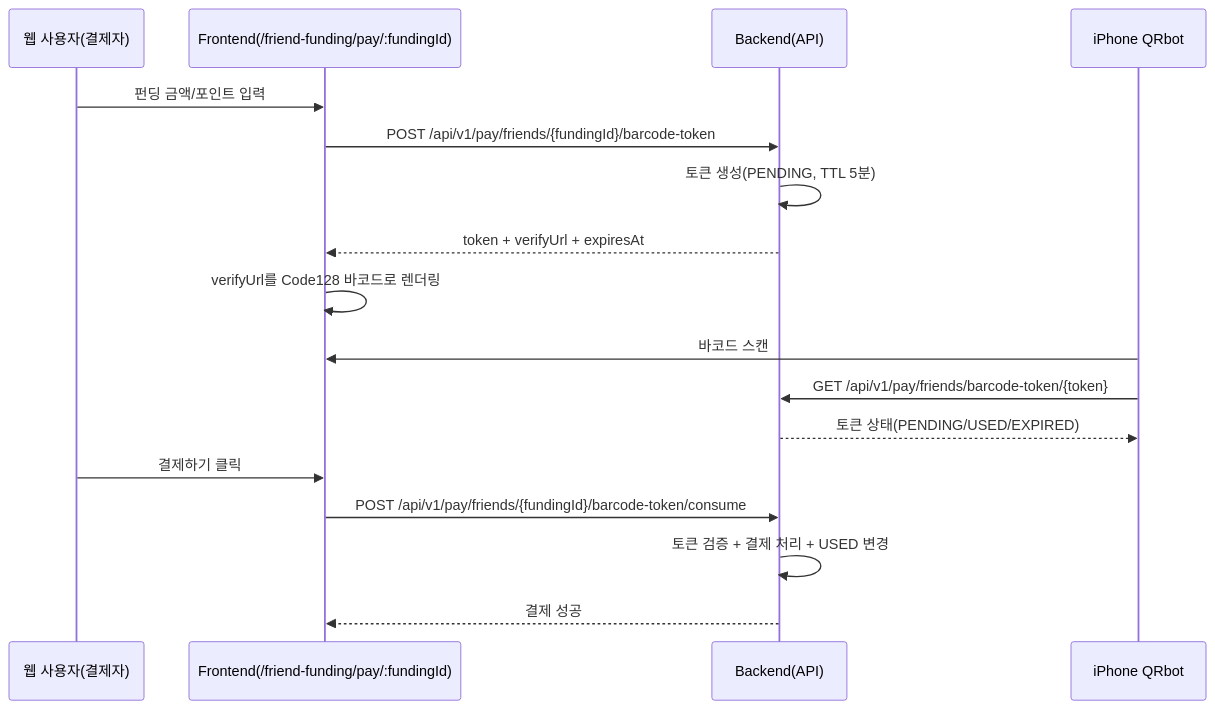
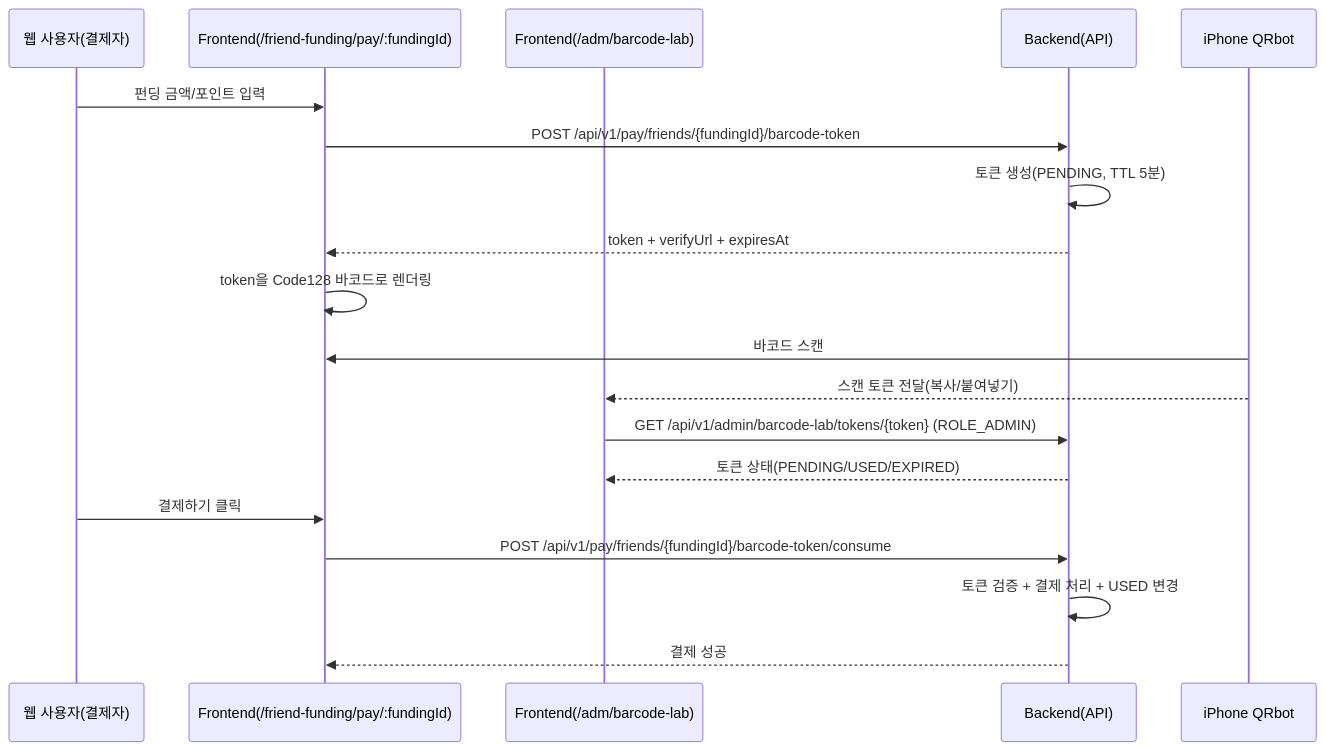
The diagram in docs/QRBOT_CODE128_FLOW.md (JHyun0302/FundingBoost-Server), drawn with Mermaid before and after one commit. The commit also changed other lines of this file and 53 other files, not shown here.

````diff
--- a/docs/QRBOT_CODE128_FLOW.md
+++ b/docs/QRBOT_CODE128_FLOW.md
@@ -9,22 +9,24 @@
 ```mermaid
 sequenceDiagram
     participant U as 웹 사용자(결제자)
     participant F as Frontend(/friend-funding/pay/:fundingId)
+    participant A as Frontend(/adm/barcode-lab)
     participant B as Backend(API)
     participant Q as iPhone QRbot
 
     U->>F: 펀딩 금액/포인트 입력
     F->>B: POST /api/v1/pay/friends/{fundingId}/barcode-token
     B->>B: 토큰 생성(PENDING, TTL 5분)
     B-->>F: token + verifyUrl + expiresAt
-    F->>F: verifyUrl를 Code128 바코드로 렌더링
+    F->>F: token을 Code128 바코드로 렌더링
 
     Q->>F: 바코드 스캔
-    Q->>B: GET /api/v1/pay/friends/barcode-token/{token}
-    B-->>Q: 토큰 상태(PENDING/USED/EXPIRED)
+    Q-->>A: 스캔 토큰 전달(복사/붙여넣기)
+    A->>B: GET /api/v1/admin/barcode-lab/tokens/{token} (ROLE_ADMIN)
+    B-->>A: 토큰 상태(PENDING/USED/EXPIRED)
 
     U->>F: 결제하기 클릭
     F->>B: POST /api/v1/pay/friends/{fundingId}/barcode-token/consume
     B->>B: 토큰 검증 + 결제 처리 + USED 변경
     B-->>F: 결제 성공
 ```
````
